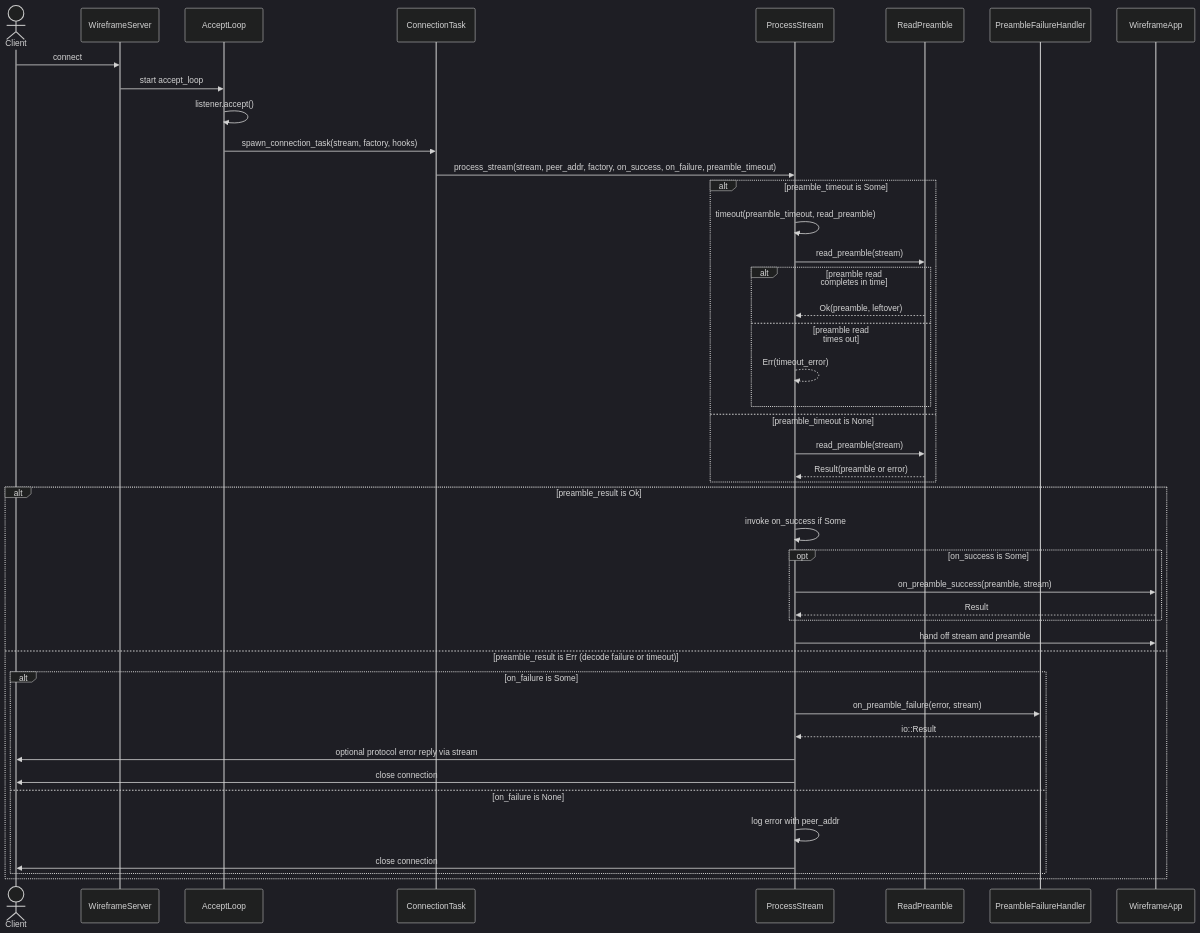
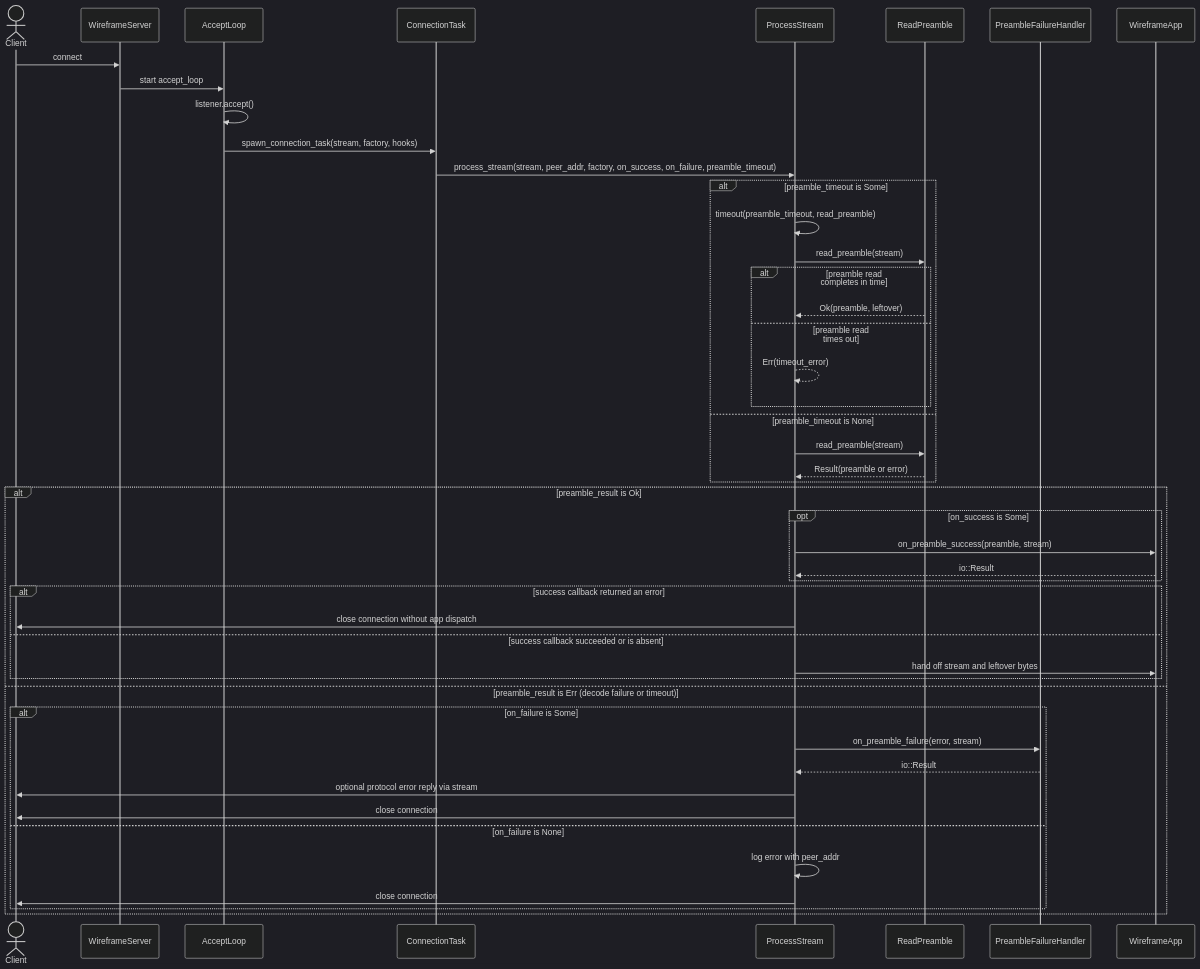
Before and after one commit to leynos/wireframe: the third of 3 diagrams in docs/preamble-validator.md, drawn with Mermaid (dark theme). The commit also changed other lines of this file and 11 other files, not shown here.

First line of the commit message:
[security][medium] Fail closed on preamble success-handler errors (#545) (#837)

````diff
--- a/docs/preamble-validator.md
+++ b/docs/preamble-validator.md
@@ -96,50 +104,53 @@
 ```mermaid
 sequenceDiagram
     actor Client
     participant WireframeServer
     participant AcceptLoop
     participant ConnectionTask
     participant ProcessStream
     participant ReadPreamble
     participant PreambleFailureHandler
     participant WireframeApp
 
     Client->>WireframeServer: connect
     WireframeServer->>AcceptLoop: start accept_loop
     AcceptLoop->>AcceptLoop: listener.accept()
     AcceptLoop->>ConnectionTask: spawn_connection_task(stream, factory, hooks)
 
     ConnectionTask->>ProcessStream: process_stream(stream, peer_addr, factory, on_success, on_failure, preamble_timeout)
 
     alt preamble_timeout is Some
         ProcessStream->>ProcessStream: timeout(preamble_timeout, read_preamble)
         ProcessStream->>ReadPreamble: read_preamble(stream)
         alt preamble read completes in time
             ReadPreamble-->>ProcessStream: Ok(preamble, leftover)
         else preamble read times out
             ProcessStream-->>ProcessStream: Err(timeout_error)
         end
     else preamble_timeout is None
         ProcessStream->>ReadPreamble: read_preamble(stream)
         ReadPreamble-->>ProcessStream: Result(preamble or error)
     end
 
     alt preamble_result is Ok
-        ProcessStream->>ProcessStream: invoke on_success if Some
         opt on_success is Some
             ProcessStream->>WireframeApp: on_preamble_success(preamble, stream)
-            WireframeApp-->>ProcessStream: Result
+            WireframeApp-->>ProcessStream: io::Result
         end
-        ProcessStream->>WireframeApp: hand off stream and preamble
+        alt success callback returned an error
+            ProcessStream->>Client: close connection without app dispatch
+        else success callback succeeded or is absent
+            ProcessStream->>WireframeApp: hand off stream and leftover bytes
+        end
     else preamble_result is Err (decode failure or timeout)
         alt on_failure is Some
             ProcessStream->>PreambleFailureHandler: on_preamble_failure(error, stream)
             PreambleFailureHandler-->>ProcessStream: io::Result
             ProcessStream->>Client: optional protocol error reply via stream
             ProcessStream->>Client: close connection
         else on_failure is None
             ProcessStream->>ProcessStream: log error with peer_addr
             ProcessStream->>Client: close connection
         end
     end
 ```
````
